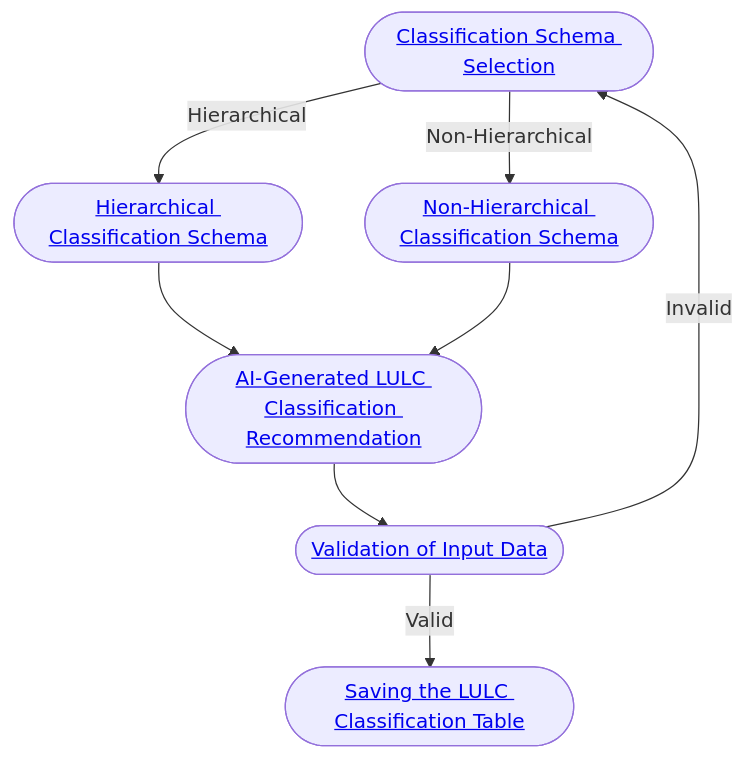
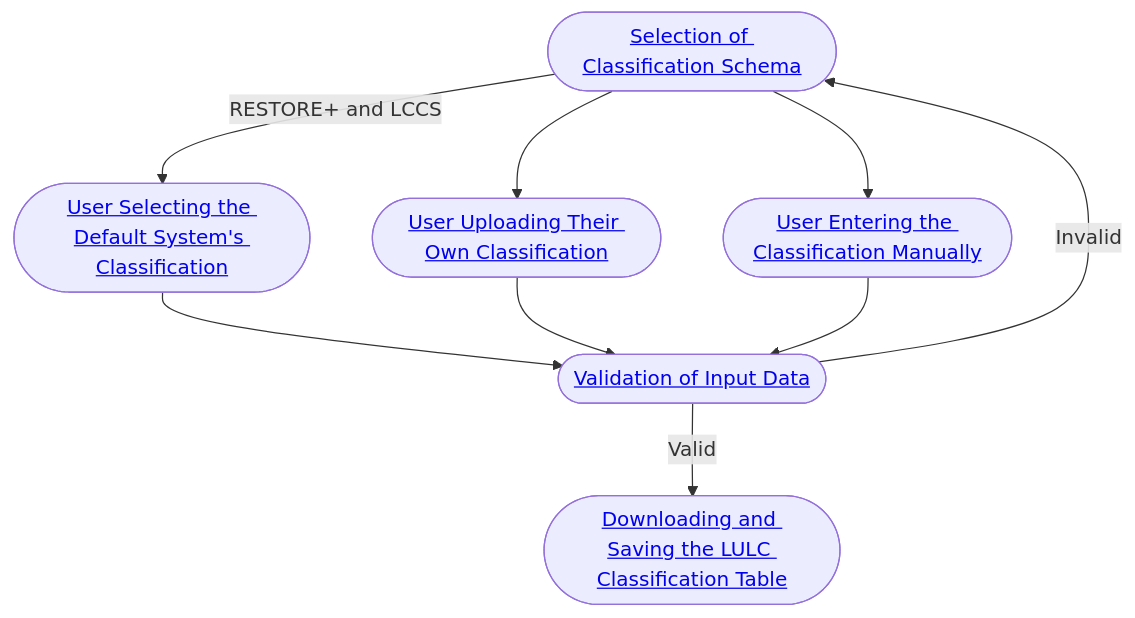
The diagram in module02.qmd (epistem-io/epistemx-technical-documentation), drawn with Mermaid before and after one commit. The commit also changed other lines of this file, not shown here.

Commit message:
I change: the module overview, delete the selection of hierarchy and non-hierarchy, change the mermaid.

````diff
--- a/module02.qmd
+++ b/module02.qmd
@@ -31,22 +32,23 @@
 ```{mermaid}
 flowchart TD
 
-A([<a href="#classification-schema-selection">Classification Schema Selection</a>])
-B([<a href="#sec-hierarchical-classification-schema">Hierarchical Classification Schema</a>])
-C([<a href="#sec-non-hierarchical-classification-schema">Non-Hierarchical Classification Schema</a>])
-D([<a href="#ai-generated-lulc-classification-recommendation">AI-Generated LULC Classification Recommendation</a>])
+A([<a href="#sec-selection-of-classification-schema">Selection of Classification Schema</a>])
+B([<a href="#sec-user-selecting-the-default-system-classification">User Selecting the Default System's Classification</a>])
+C([<a href="#sec-user-uploading-their-own-classification">User Uploading Their Own Classification</a>])
+D([<a href="#sec-user-entering-the-classification-manually">User Entering the Classification Manually</a>])
 E([<a href="#validation-of-input-data">Validation of Input Data</a>])
-F([<a href="#sec-saving-the-lulc-classification-table">Saving the LULC Classification Table</a>])
+F([<a href="#sec-saving-the-lulc-classification-table">Downloading and Saving the LULC Classification Table</a>])
 
 %% Flow connections
-A -->|Hierarchical| B
-A -->|Non-Hierarchical| C
+A -->|RESTORE+ and LCCS| B
+A --> C
+A --> D
 
-B --> D
-C --> D
+B --> E
+C --> E
+D --> E
 
-D --> E
+
 E -->|Valid| F
 E -->|Invalid| A
-
 ```
````
